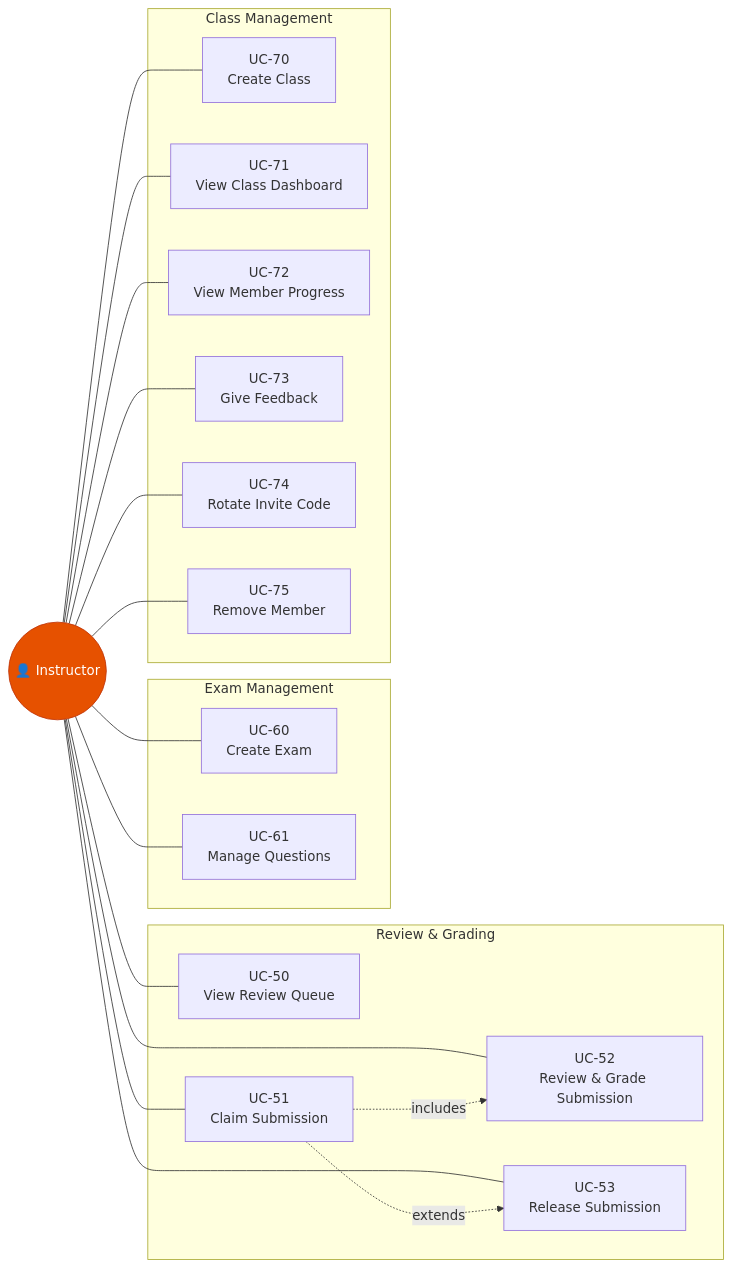
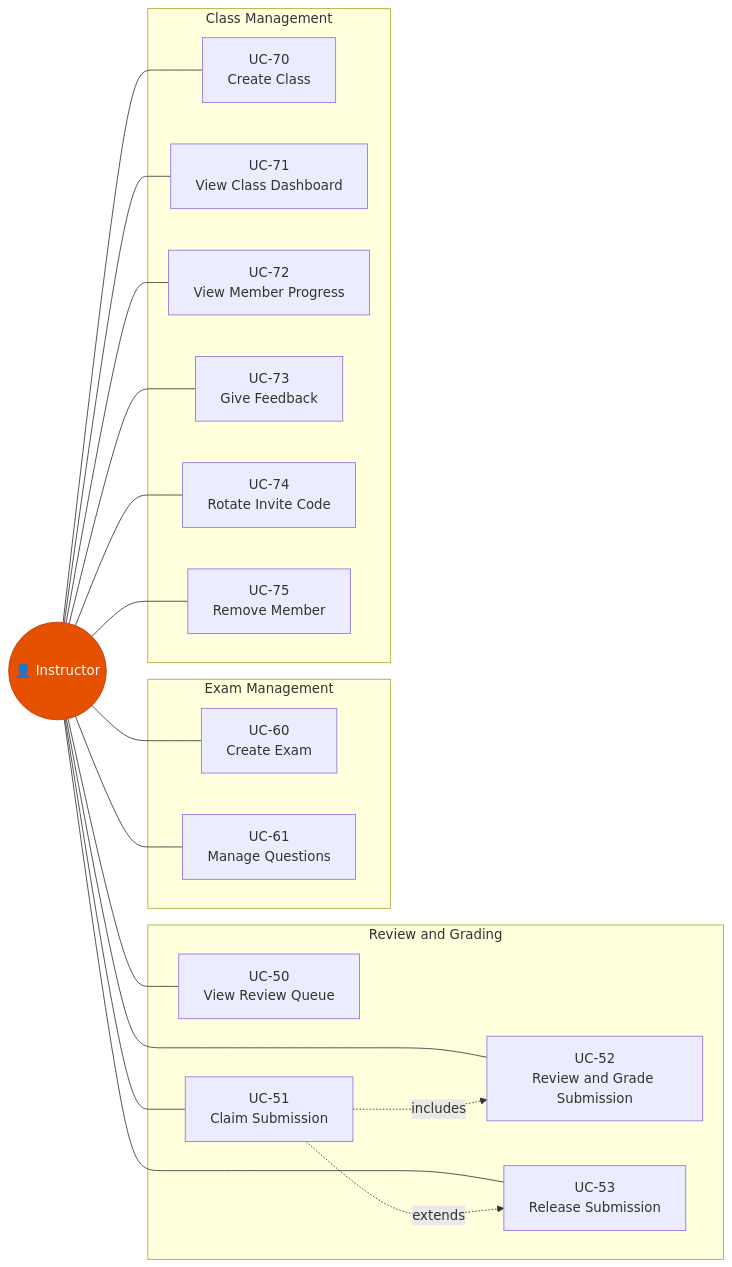
One commit to nghyane/VSTEP changed the third of 13 diagrams in docs/capstone/reports/ENG/report3-software-requirement-specification.md. Above: the diagram before and after it, drawn with Mermaid. The commit also changed other lines of this file, not shown here.

First line of the commit message:
docs: fix Mermaid GitHub rendering — reserved words and unicode symbols

````diff
--- a/docs/capstone/reports/ENG/report3-software-requirement-specification.md
+++ b/docs/capstone/reports/ENG/report3-software-requirement-specification.md
@@ -366,44 +366,44 @@
 ```mermaid
 flowchart LR
     Instructor(("👤 Instructor"))
 
-    subgraph ReviewGrading ["Review & Grading"]
+    subgraph ReviewGrading ["Review and Grading"]
         UC50["UC-50\nView Review Queue"]
         UC51["UC-51\nClaim Submission"]
-        UC52["UC-52\nReview & Grade Submission"]
+        UC52["UC-52\nReview and Grade Submission"]
         UC53["UC-53\nRelease Submission"]
     end
 
     subgraph ExamMgmt ["Exam Management"]
         UC60["UC-60\nCreate Exam"]
         UC61["UC-61\nManage Questions"]
     end
 
     subgraph ClassMgmt ["Class Management"]
         UC70["UC-70\nCreate Class"]
         UC71["UC-71\nView Class Dashboard"]
         UC72["UC-72\nView Member Progress"]
         UC73["UC-73\nGive Feedback"]
         UC74["UC-74\nRotate Invite Code"]
         UC75["UC-75\nRemove Member"]
     end
 
     Instructor --- UC50
     Instructor --- UC51
     Instructor --- UC52
     Instructor --- UC53
     Instructor --- UC60
     Instructor --- UC61
     Instructor --- UC70
     Instructor --- UC71
     Instructor --- UC72
     Instructor --- UC73
     Instructor --- UC74
     Instructor --- UC75
 
     UC51 -.->|"includes"| UC52
     UC51 -.->|"extends"| UC53
 
     classDef actor fill:#e65100,stroke:#bf360c,color:#fff
     class Instructor actor
 ```
````
